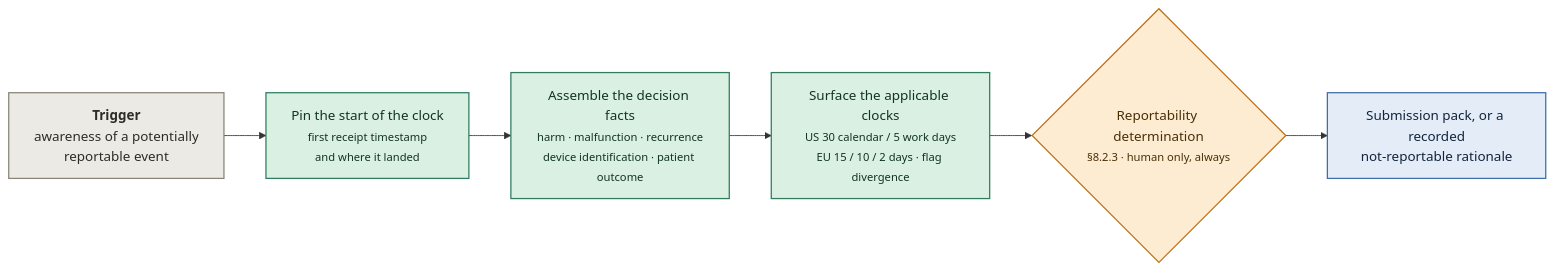
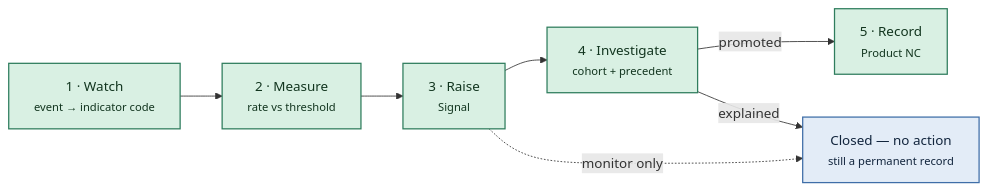
One commit to Tchanwangsa/forward-hack changed the third of 9 diagrams in plan/DIAGRAMS.md. Above: the diagram before and after it, drawn with Mermaid. The commit also changed other lines of this file and 15 other files, not shown here.

````diff
--- a/plan/DIAGRAMS.md
+++ b/plan/DIAGRAMS.md
@@ -88,18 +109,17 @@
 ```mermaid
 flowchart LR
-  T["<b>Trigger</b><br/>awareness of a potentially<br/>reportable event"]
-  A1["Pin the start of the clock<br/><small>first receipt timestamp<br/>and where it landed</small>"]
-  A2["Assemble the decision facts<br/><small>harm · malfunction · recurrence<br/>device identification · patient outcome</small>"]
-  A3["Surface the applicable clocks<br/><small>US 30 calendar / 5 work days<br/>EU 15 / 10 / 2 days · flag divergence</small>"]
-  G{"Reportability determination<br/><small>§8.2.3 · human only, always</small>"}
-  O["Submission pack, or a recorded<br/>not-reportable rationale"]
-  T --> A1 --> A2 --> A3 --> G --> O
-  classDef trigger fill:#eceae5,stroke:#8a8578,stroke-width:1.5px,color:#2e2c27
+  W["1 · Watch<br/><small>event → indicator code</small>"]
+  M["2 · Measure<br/><small>rate vs threshold</small>"]
+  R["3 · Raise<br/><small>Signal</small>"]
+  I["4 · Investigate<br/><small>cohort + precedent</small>"]
+  C["5 · Record<br/><small>Product NC</small>"]
+  X["Closed — no action<br/><small>still a permanent record</small>"]
+  W --> M --> R --> I
+  I -->|promoted| C
+  I -->|explained| X
+  R -.->|monitor only| X
   classDef agent fill:#d9f0e3,stroke:#2f7d5d,stroke-width:1.5px,color:#12351f
-  classDef gate fill:#fdecd2,stroke:#b8761f,stroke-width:1.5px,color:#4a2f07
   classDef out fill:#e3ecf7,stroke:#3f6ea8,stroke-width:1.5px,color:#12253d
-  class T trigger
-  class A1,A2,A3 agent
-  class G gate
-  class O out
+  class W,M,R,I,C agent
+  class X out
 ```
````
